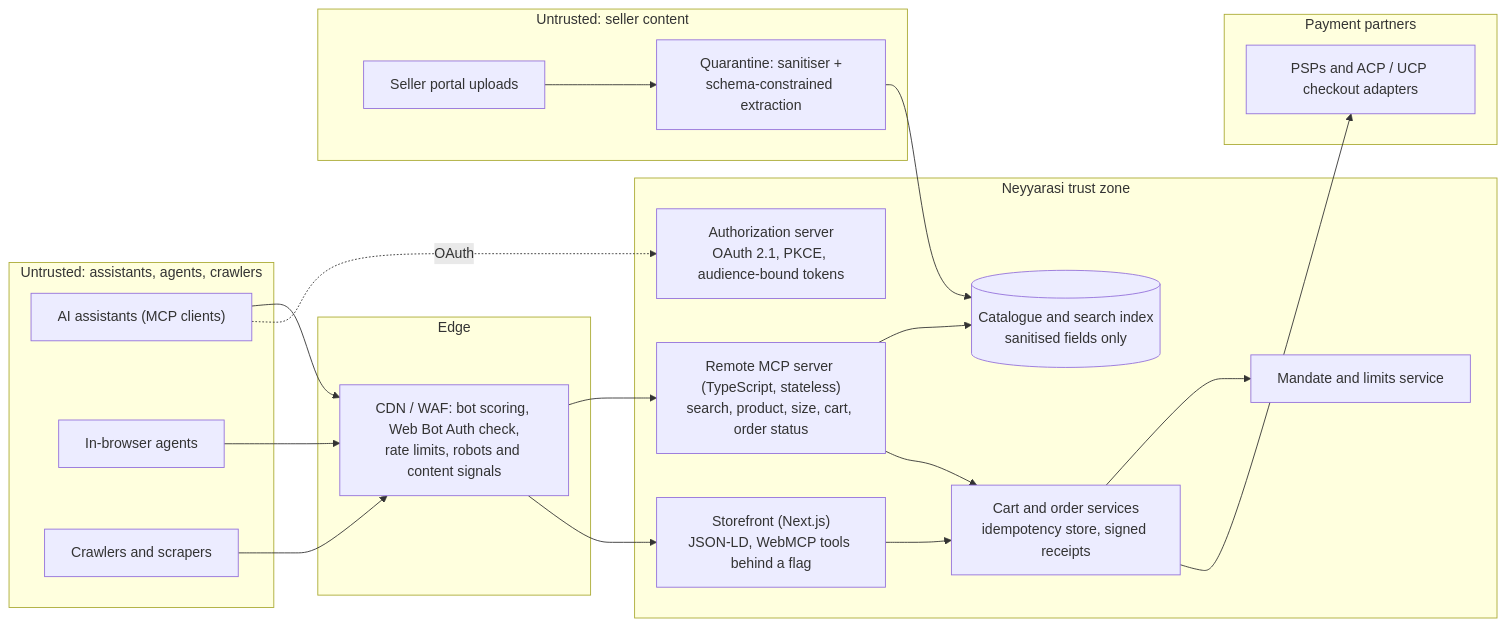
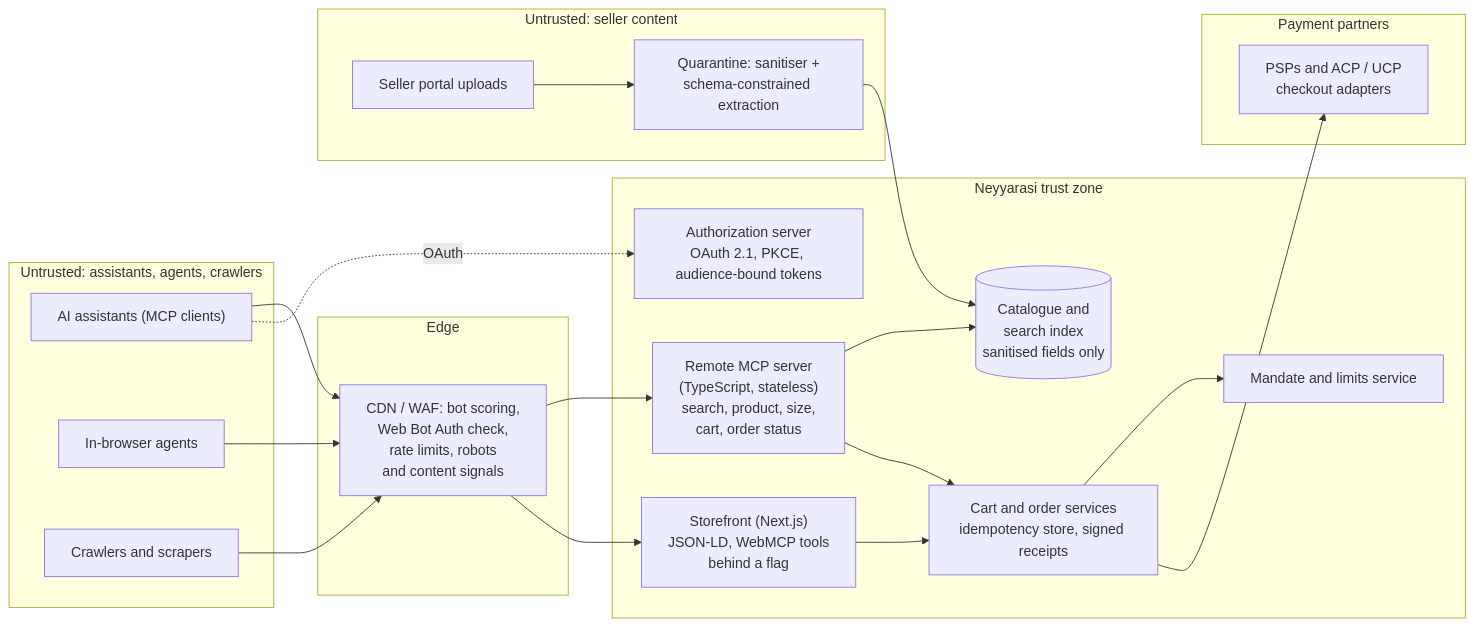
One commit to nagarjunak-pixel/02-autogpt-autonomous-agent changed the diagram in curriculum/projects/P13-agent-ready-commerce-mcp.md. Above: the diagram before and after it, drawn with Mermaid. The commit also changed other lines of this file and 21 other files, not shown here.

````diff
--- a/curriculum/projects/P13-agent-ready-commerce-mcp.md
+++ b/curriculum/projects/P13-agent-ready-commerce-mcp.md
@@ -132,35 +132,35 @@
 ```mermaid
 flowchart LR
   subgraph EXT["Untrusted: assistants, agents, crawlers"]
     AST["AI assistants (MCP clients)"]
     BRA["In-browser agents"]
     CRW["Crawlers and scrapers"]
   end
   subgraph EDGE["Edge"]
-    WAF["CDN / WAF: bot scoring, Web Bot Auth check,<br/>rate limits, robots and content signals"]
+    WAF["CDN / WAF: bot scoring,<br/>Web Bot Auth check,<br/>rate limits, robots<br/>and content signals"]
   end
   subgraph CORE["Neyyarasi trust zone"]
-    MCP["Remote MCP server (TypeScript, stateless)<br/>search, product, size, cart, order status"]
+    MCP["Remote MCP server<br/>(TypeScript, stateless)<br/>search, product, size,<br/>cart, order status"]
     AZ["Authorization server<br/>OAuth 2.1, PKCE, audience-bound tokens"]
     MAN["Mandate and limits service"]
-    CAT[("Catalogue and search index<br/>sanitised fields only")]
+    CAT[("Catalogue and<br/>search index<br/>sanitised fields only")]
     CRT["Cart and order services<br/>idempotency store, signed receipts"]
-    SF["Storefront (Next.js)<br/>JSON-LD, WebMCP tools behind a flag"]
+    SF["Storefront (Next.js)<br/>JSON-LD, WebMCP tools<br/>behind a flag"]
   end
   subgraph SEL["Untrusted: seller content"]
     SP["Seller portal uploads"]
     QZ["Quarantine: sanitiser +<br/>schema-constrained extraction"]
   end
   subgraph PAY["Payment partners"]
-    PSP["PSPs and ACP / UCP checkout adapters"]
+    PSP["PSPs and ACP / UCP<br/>checkout adapters"]
   end
   AST --> WAF --> MCP
   CRW --> WAF --> SF
   BRA --> WAF
   AST -.->|OAuth| AZ
   MCP --> CAT
   MCP --> CRT --> MAN
   SF --> CRT
   CRT --> PSP
   SP --> QZ --> CAT
 ```
````
